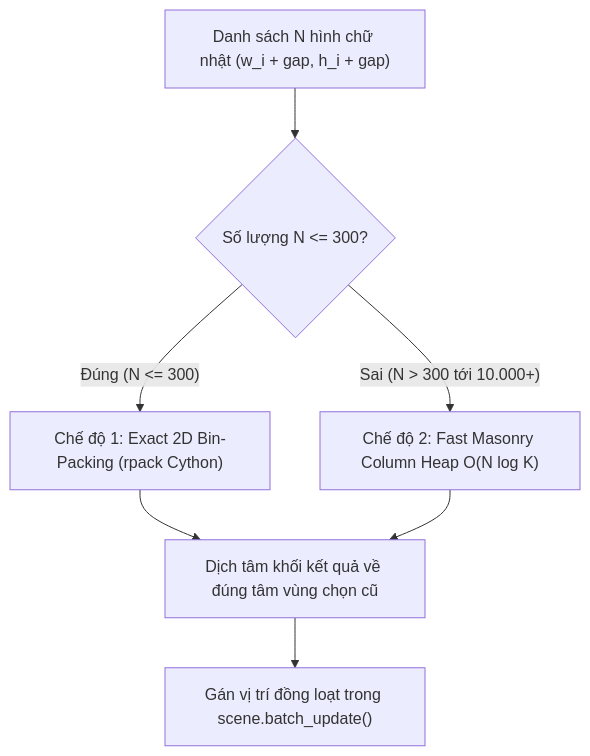
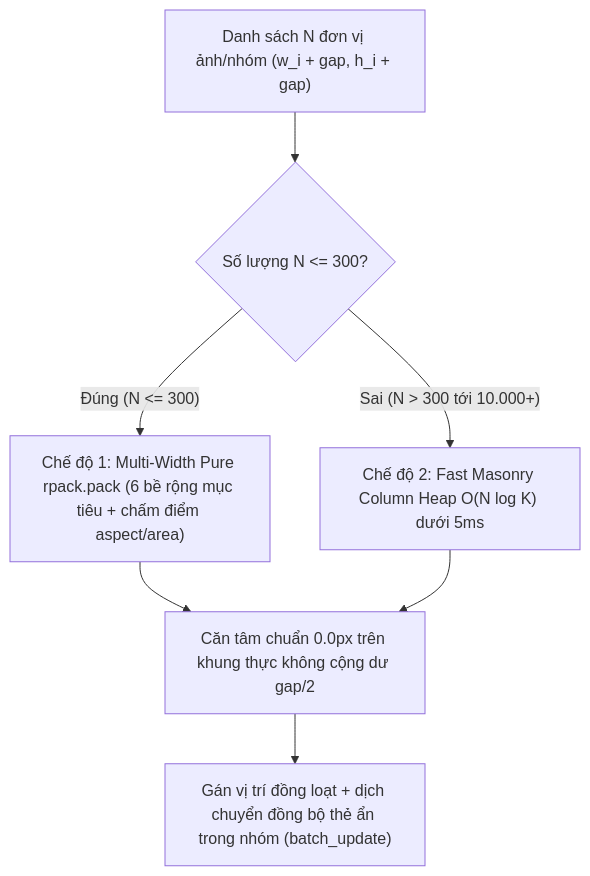
The diagram in docs/ARRANGE_OPTIMAL_AND_GAP_GUIDE.md (Henri-2026/Birdboard), drawn with Mermaid before and after one commit. The commit also changed other lines of this file and 94 other files, not shown here.

Commit message:
feat(release): release Birdboard v1.1.0 (Stack Group, Detail Stage, Pure rpack Optimal & Docs)

````diff
--- a/docs/ARRANGE_OPTIMAL_AND_GAP_GUIDE.md
+++ b/docs/ARRANGE_OPTIMAL_AND_GAP_GUIDE.md
@@ -65,9 +75,9 @@
 ```mermaid
 flowchart TD
-    A["Danh sách N hình chữ nhật (w_i + gap, h_i + gap)"] --> B{"Số lượng N <= 300?"}
-    B -- "Đúng (N <= 300)" --> C["Chế độ 1: Exact 2D Bin-Packing (rpack Cython)"]
-    B -- "Sai (N > 300 tới 10.000+)" --> D["Chế độ 2: Fast Masonry Column Heap O(N log K)"]
-    C --> E["Dịch tâm khối kết quả về đúng tâm vùng chọn cũ"]
+    A["Danh sách N đơn vị ảnh/nhóm (w_i + gap, h_i + gap)"] --> B{"Số lượng N <= 300?"}
+    B -- "Đúng (N <= 300)" --> C["Chế độ 1: Multi-Width Pure rpack.pack (6 bề rộng mục tiêu + chấm điểm aspect/area)"]
+    B -- "Sai (N > 300 tới 10.000+)" --> D["Chế độ 2: Fast Masonry Column Heap O(N log K) dưới 5ms"]
+    C --> E["Căn tâm chuẩn 0.0px trên khung thực không cộng dư gap/2"]
     D --> E
-    E --> F["Gán vị trí đồng loạt trong scene.batch_update()"]
+    E --> F["Gán vị trí đồng loạt + dịch chuyển đồng bộ thẻ ẩn trong nhóm (batch_update)"]
 ```
````
